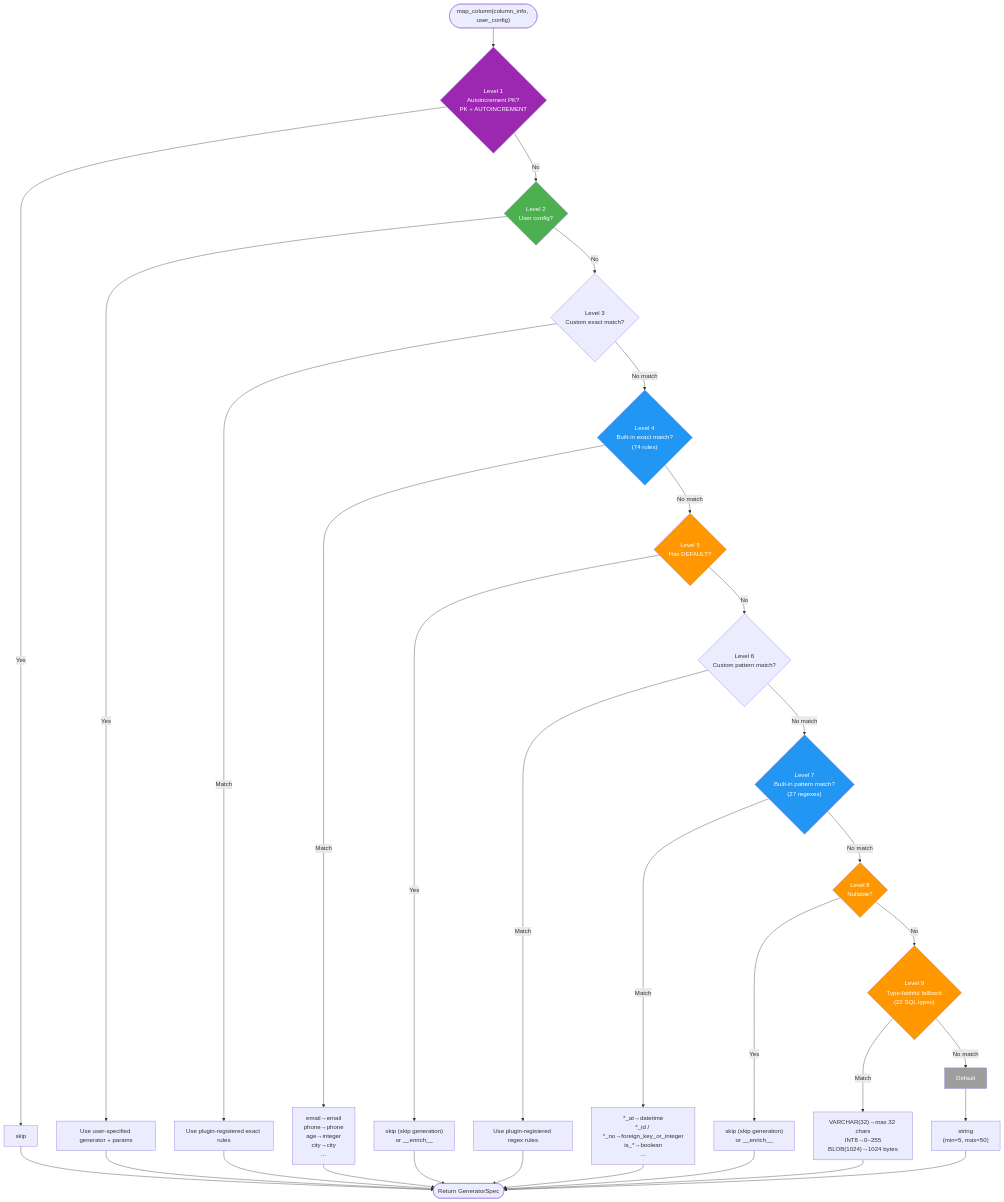
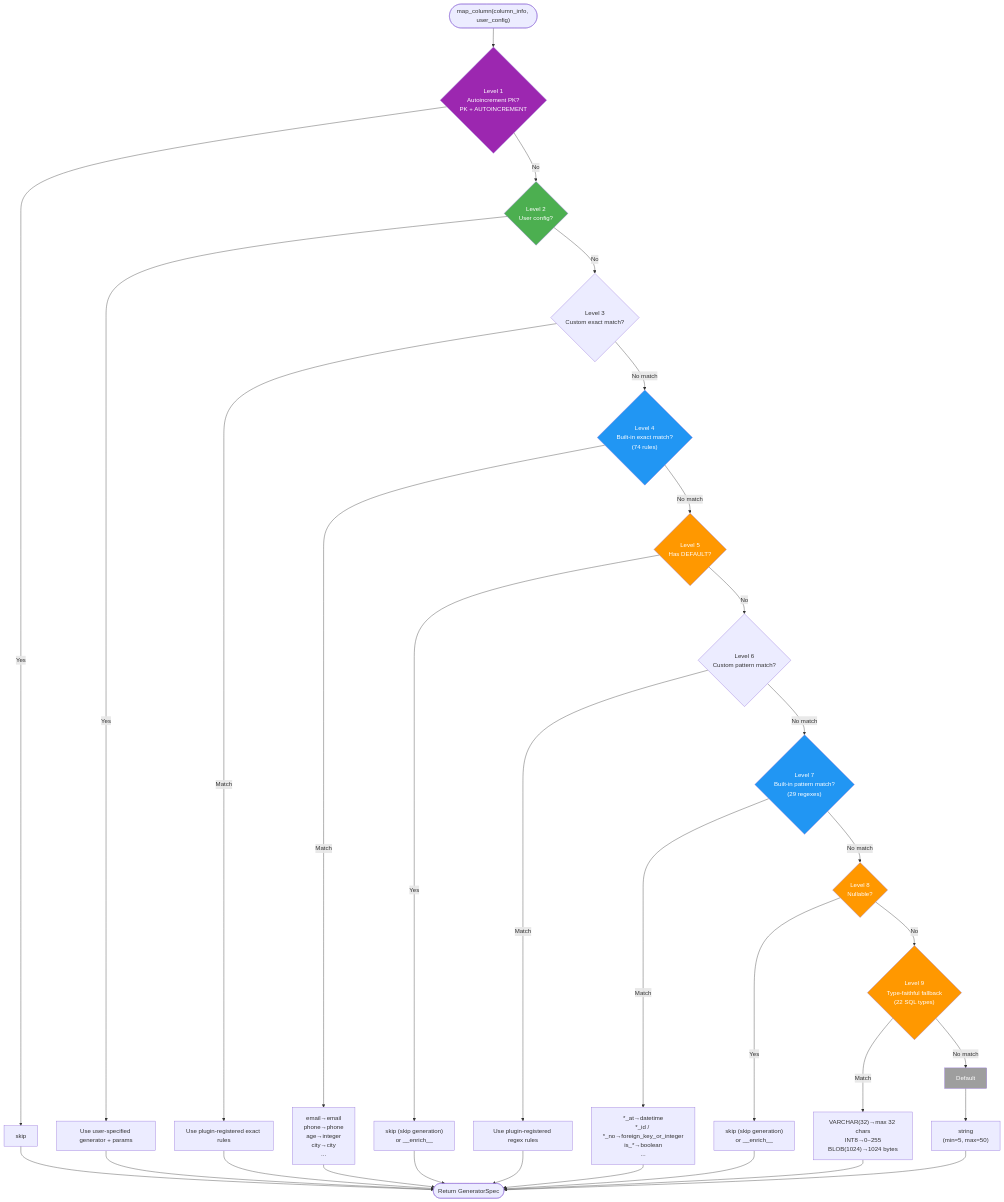
Before and after one commit to sunbos/sqlseed: the third of 11 diagrams in docs/architecture.md, drawn with Mermaid. The commit also changed 53 other files, not shown here.

First line of the commit message:
feat(ai): schema-driven business logic loop engineering (iteration 18)

````diff
--- a/docs/architecture.md
+++ b/docs/architecture.md
@@ -209,53 +209,53 @@
 ```mermaid
 flowchart TD
     Start(["map_column(column_info, user_config)"]) --> L1
 
     L1{"Level 1<br/>Autoincrement PK?<br/>PK + AUTOINCREMENT"} -->|Yes| R1["skip"]
     L1 -->|No| L2
 
     L2{"Level 2<br/>User config?"} -->|Yes| R2["Use user-specified generator + params"]
     L2 -->|No| L3
 
     L3{"Level 3<br/>Custom exact match?"} -->|Match| R3["Use plugin-registered exact rules"]
     L3 -->|No match| L4
 
     L4{"Level 4<br/>Built-in exact match?<br/>(<!-- BEGIN:AUTO-GENERATED:exact-match-rule-count -->74<!-- END:AUTO-GENERATED:exact-match-rule-count --> rules)"} -->|Match| R4["email→email<br/>phone→phone<br/>age→integer<br/>city→city<br/>..."]
     L4 -->|No match| L5
 
     L5{"Level 5<br/>Has DEFAULT?"} -->|Yes| R5["skip (skip generation)<br/>or __enrich__"]
     L5 -->|No| L6
 
     L6{"Level 6<br/>Custom pattern match?"} -->|Match| R6["Use plugin-registered regex rules"]
     L6 -->|No match| L7
 
-    L7{"Level 7<br/>Built-in pattern match?<br/>(<!-- BEGIN:AUTO-GENERATED:pattern-match-rule-count -->27<!-- END:AUTO-GENERATED:pattern-match-rule-count --> regexes)"} -->|Match| R7["*_at→datetime<br/>*_id / *_no→foreign_key_or_integer<br/>is_*→boolean<br/>..."]
+    L7{"Level 7<br/>Built-in pattern match?<br/>(<!-- BEGIN:AUTO-GENERATED:pattern-match-rule-count -->29<!-- END:AUTO-GENERATED:pattern-match-rule-count --> regexes)"} -->|Match| R7["*_at→datetime<br/>*_id / *_no→foreign_key_or_integer<br/>is_*→boolean<br/>..."]
     L7 -->|No match| L8
 
     L8{"Level 8<br/>Nullable?"} -->|Yes| R8["skip (skip generation)<br/>or __enrich__"]
     L8 -->|No| L9
 
     L9{"Level 9<br/>Type-faithful fallback<br/>(22 SQL types)"} -->|Match| R9["VARCHAR(32)→max 32 chars<br/>INT8→0~255<br/>BLOB(1024)→1024 bytes"]
     L9 -->|No match| L10
 
     L10["Default"] --> R10["string<br/>(min=5, max=50)"]
 
     R1 --> Done(["Return GeneratorSpec"])
     R2 --> Done
     R3 --> Done
     R4 --> Done
     R5 --> Done
     R6 --> Done
     R7 --> Done
     R8 --> Done
     R9 --> Done
     R10 --> Done
 
     style L1 fill:#9C27B0,color:#fff
     style L2 fill:#4CAF50,color:#fff
     style L4 fill:#2196F3,color:#fff
     style L5 fill:#FF9800,color:#fff
     style L7 fill:#2196F3,color:#fff
     style L8 fill:#FF9800,color:#fff
     style L9 fill:#FF9800,color:#fff
     style L10 fill:#9E9E9E,color:#fff
 ```
````
